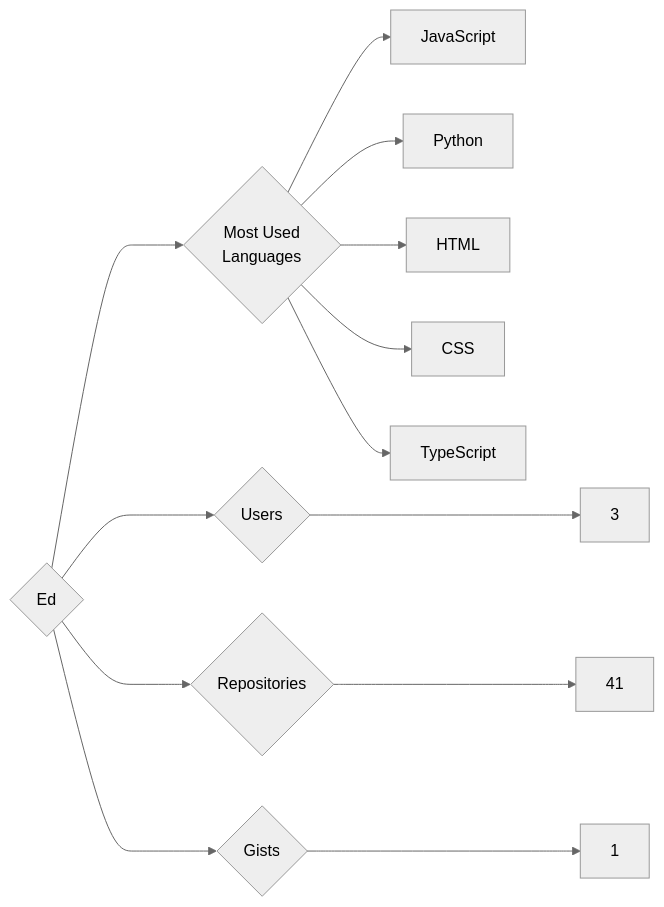
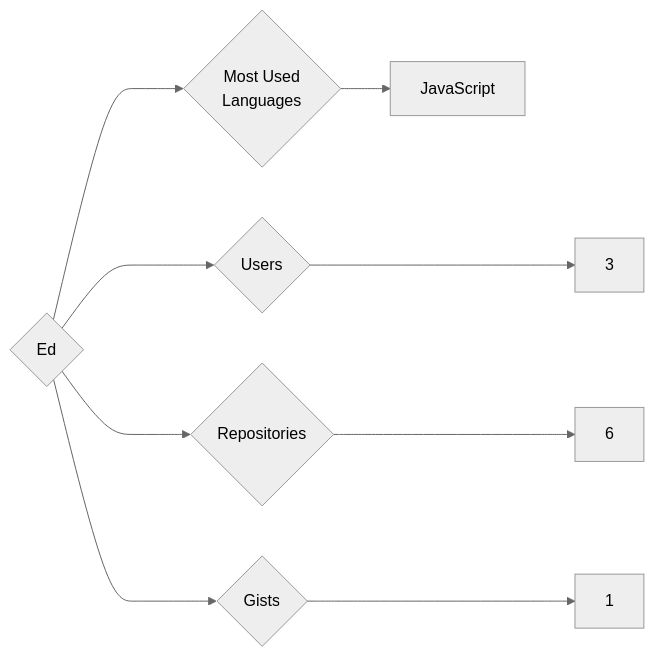
One commit to trickest/insiders changed the diagram in targets/Ed/README.md. Above: the diagram before and after it, drawn with Mermaid (neutral theme). The commit also changed 873 other files, not shown here.

````diff
--- a/targets/Ed/README.md
+++ b/targets/Ed/README.md
@@ -3,13 +3,9 @@
 ```mermaid
 graph LR
 COMPANY_NAME{Ed}
 COMPANY_NAME ---> U{Users} ---> UN[3]
-COMPANY_NAME ---> R{Repositories} ---> RN[41]
+COMPANY_NAME ---> R{Repositories} ---> RN[6]
 COMPANY_NAME ---> G{Gists} ---> GN[1]
 COMPANY_NAME ---> ML{Most Used<br>Languages}
 ML --> JavaScript[JavaScript]
-ML --> Python[Python]
-ML --> HTML[HTML]
-ML --> CSS[CSS]
-ML --> TypeScript[TypeScript]
 ```
````
